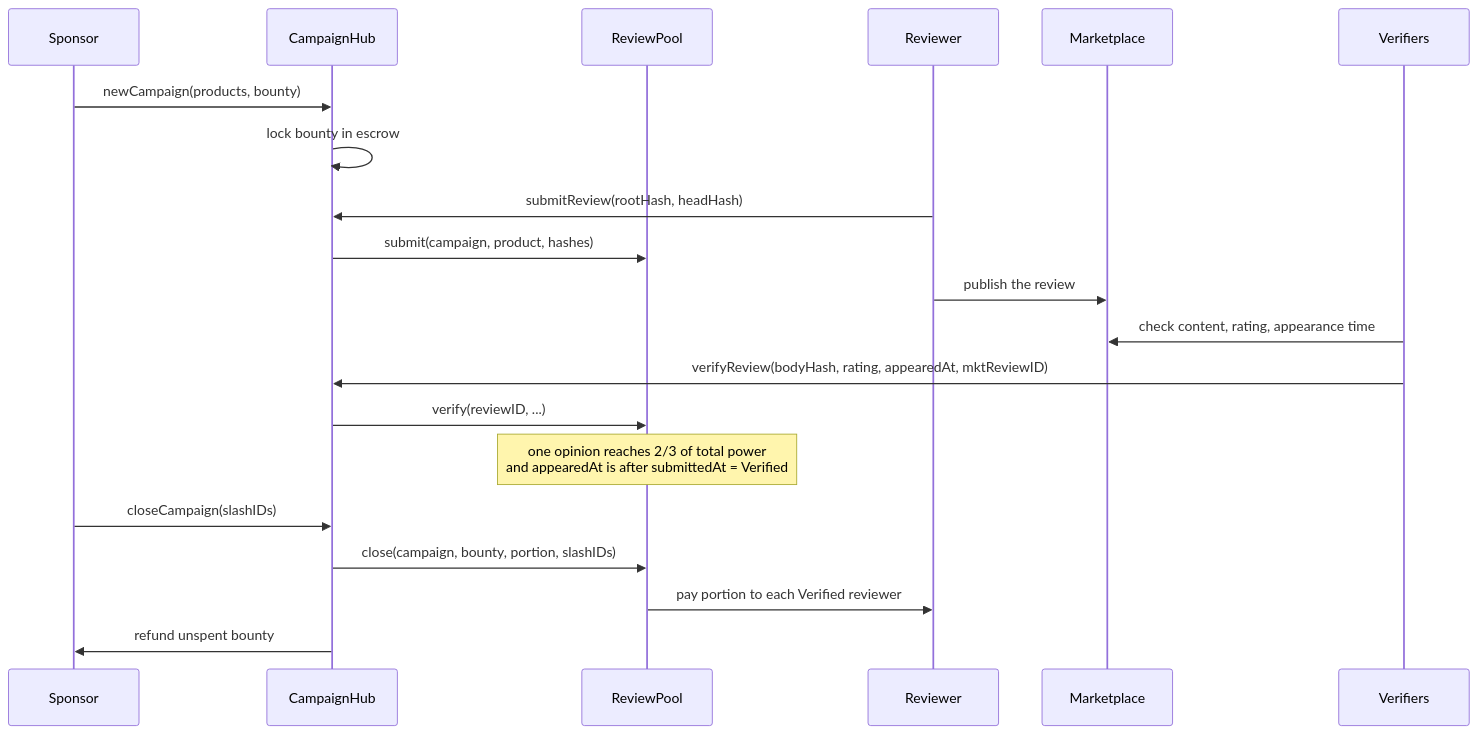
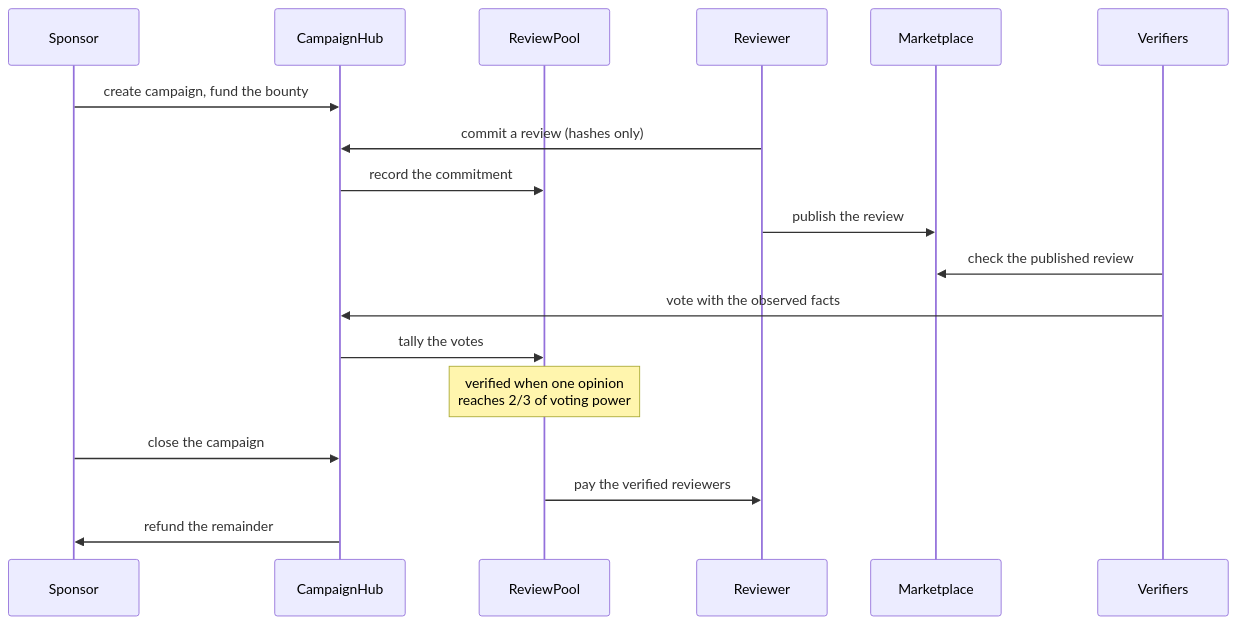
The third of 3 diagrams in README.md (ws4charlie/review-contracts), drawn with Mermaid before and after one commit. The commit also changed other lines of this file, not shown here.

Commit message:
docs: simplify README diagrams

````diff
--- a/README.md
+++ b/README.md
@@ -37,22 +44,20 @@
 ```mermaid
 sequenceDiagram
     participant S as Sponsor
     participant H as CampaignHub
     participant P as ReviewPool
     participant R as Reviewer
     participant M as Marketplace
     participant V as Verifiers
-    S->>H: newCampaign(products, bounty)
-    H->>H: lock bounty in escrow
-    R->>H: submitReview(rootHash, headHash)
-    H->>P: submit(campaign, product, hashes)
+    S->>H: create campaign, fund the bounty
+    R->>H: commit a review (hashes only)
+    H->>P: record the commitment
     R->>M: publish the review
-    V->>M: check content, rating, appearance time
-    V->>H: verifyReview(bodyHash, rating, appearedAt, mktReviewID)
-    H->>P: verify(reviewID, ...)
-    Note over P: one opinion reaches 2/3 of total power<br/>and appearedAt is after submittedAt = Verified
-    S->>H: closeCampaign(slashIDs)
-    H->>P: close(campaign, bounty, portion, slashIDs)
-    P->>R: pay portion to each Verified reviewer
-    H->>S: refund unspent bounty
+    V->>M: check the published review
+    V->>H: vote with the observed facts
+    H->>P: tally the votes
+    Note over P: verified when one opinion<br/>reaches 2/3 of voting power
+    S->>H: close the campaign
+    P->>R: pay the verified reviewers
+    H->>S: refund the remainder
 ```
````
